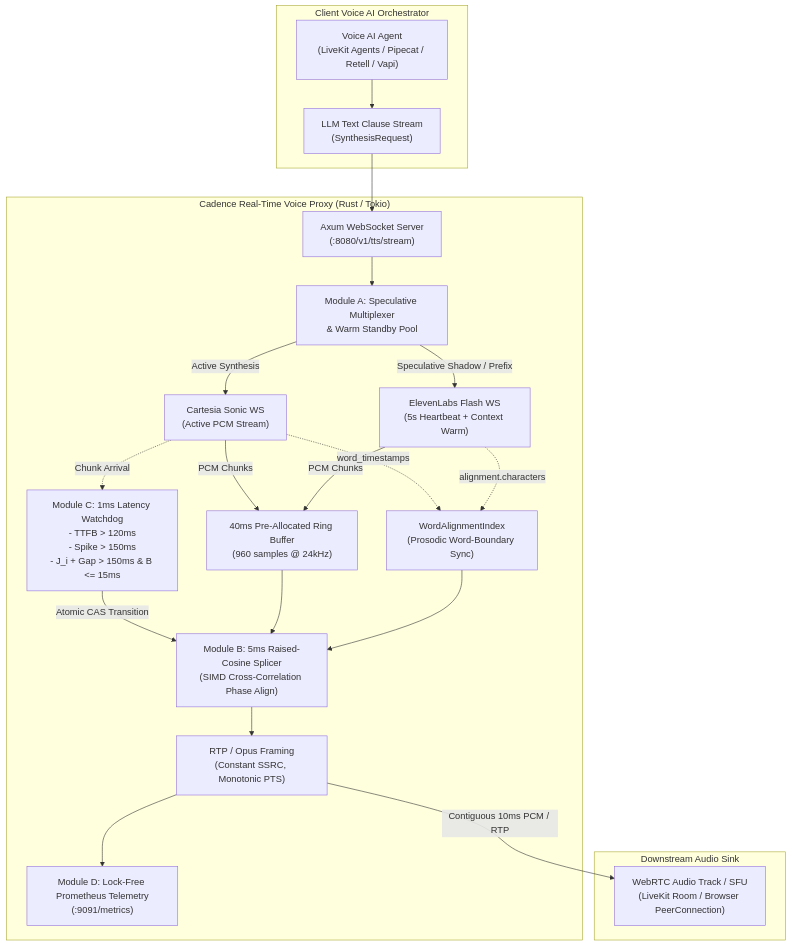
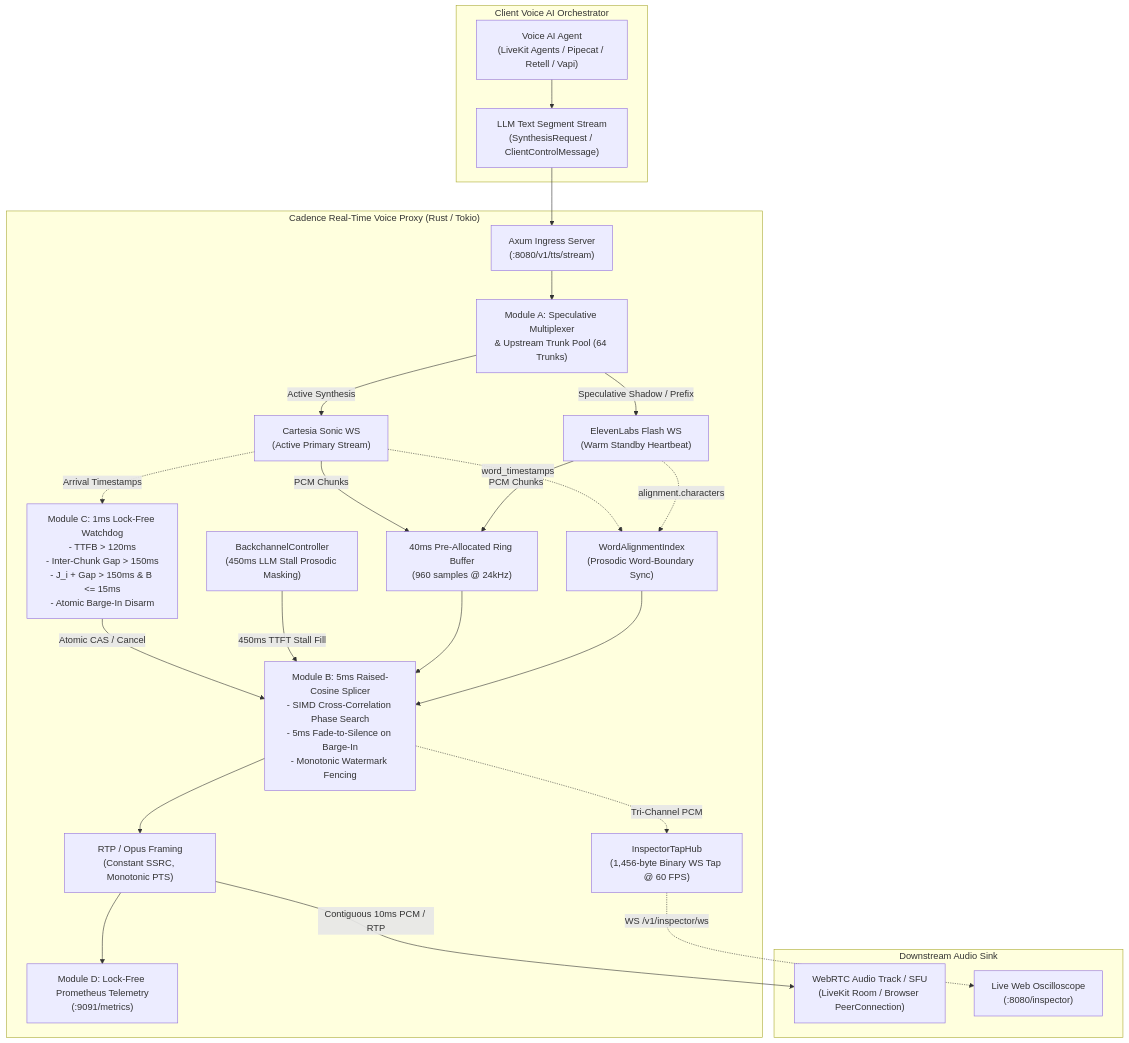
Before and after one commit to Speedyzyzz/cadence: the diagram in README.md, drawn with Mermaid. The commit also changed other lines of this file, not shown here.

Commit message:
docs: polish README with 60-second systems brief, T0->T8 Pareto curves, and sub-5ms barge-in benchmarks

````diff
--- a/README.md
+++ b/README.md
@@ -48,46 +36,52 @@
 ```mermaid
 flowchart TD
     subgraph Client ["Client Voice AI Orchestrator"]
         Agent["Voice AI Agent\n(LiveKit Agents / Pipecat / Retell / Vapi)"]
-        Stream["LLM Text Clause Stream\n(SynthesisRequest)"]
+        Stream["LLM Text Segment Stream\n(SynthesisRequest / ClientControlMessage)"]
         Agent --> Stream
     end
 
     subgraph Cadence ["Cadence Real-Time Voice Proxy (Rust / Tokio)"]
-        Ingress["Axum WebSocket Server\n(:8080/v1/tts/stream)"]
-        Mux["Module A: Speculative Multiplexer\n& Warm Standby Pool"]
+        Ingress["Axum Ingress Server\n(:8080/v1/tts/stream)"]
+        Mux["Module A: Speculative Multiplexer\n& Upstream Trunk Pool (64 Trunks)"]
         
-        Primary["Cartesia Sonic WS\n(Active PCM Stream)"]
-        Standby["ElevenLabs Flash WS\n(5s Heartbeat + Context Warm)"]
+        Primary["Cartesia Sonic WS\n(Active Primary Stream)"]
+        Standby["ElevenLabs Flash WS\n(Warm Standby Heartbeat)"]
         
-        Watchdog["Module C: 1ms Latency Watchdog\n- TTFB > 120ms\n- Spike > 150ms\n- J_i + Gap > 150ms & B <= 15ms"]
+        Watchdog["Module C: 1ms Lock-Free Watchdog\n- TTFB > 120ms\n- Inter-Chunk Gap > 150ms\n- J_i + Gap > 150ms & B <= 15ms\n- Atomic Barge-In Disarm"]
         
         Ring["40ms Pre-Allocated Ring Buffer\n(960 samples @ 24kHz)"]
         WordAlign["WordAlignmentIndex\n(Prosodic Word-Boundary Sync)"]
-        Hann["Module B: 5ms Raised-Cosine Splicer\n(SIMD Cross-Correlation Phase Align)"]
+        Backchannel["BackchannelController\n(450ms LLM Stall Prosodic Masking)"]
+        Hann["Module B: 5ms Raised-Cosine Splicer\n- SIMD Cross-Correlation Phase Search\n- 5ms Fade-to-Silence on Barge-In\n- Monotonic Watermark Fencing"]
         Packetizer["RTP / Opus Framing\n(Constant SSRC, Monotonic PTS)"]
+        InspectorTap["InspectorTapHub\n(1,456-byte Binary WS Tap @ 60 FPS)"]
         Telemetry["Module D: Lock-Free Prometheus Telemetry\n(:9091/metrics)"]
         
         Stream --> Ingress --> Mux
         Mux -->|Active Synthesis| Primary
         Mux -->|Speculative Shadow / Prefix| Standby
         
-        Primary -.->|Chunk Arrival| Watchdog
+        Primary -.->|Arrival Timestamps| Watchdog
         Primary -->|PCM Chunks| Ring
         Standby -->|PCM Chunks| Ring
         
         Primary -.->|word_timestamps| WordAlign
         Standby -.->|alignment.characters| WordAlign
         
-        Watchdog -->|Atomic CAS Transition| Hann
+        Watchdog -->|Atomic CAS / Cancel| Hann
+        Backchannel -->|450ms TTFT Stall Fill| Hann
         Ring --> Hann
         WordAlign --> Hann
         Hann --> Packetizer
+        Hann -.->|Tri-Channel PCM| InspectorTap
         Packetizer --> Telemetry
     end
 
     subgraph Egress ["Downstream Audio Sink"]
         WebRTC["WebRTC Audio Track / SFU\n(LiveKit Room / Browser PeerConnection)"]
+        Oscilloscope["Live Web Oscilloscope\n(:8080/inspector)"]
         Packetizer -->|Contiguous 10ms PCM / RTP| WebRTC
+        InspectorTap -.->|WS /v1/inspector/ws| Oscilloscope
     end
 ```
````
